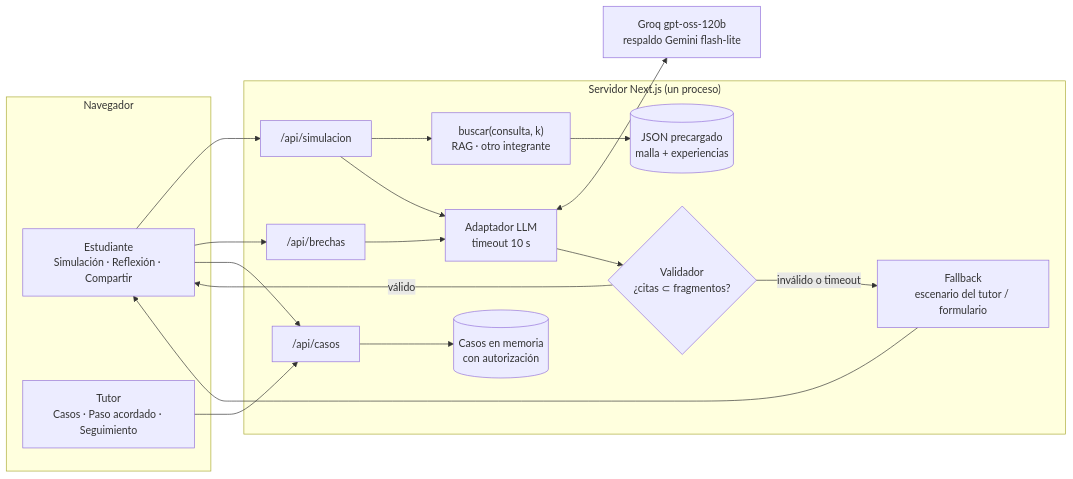
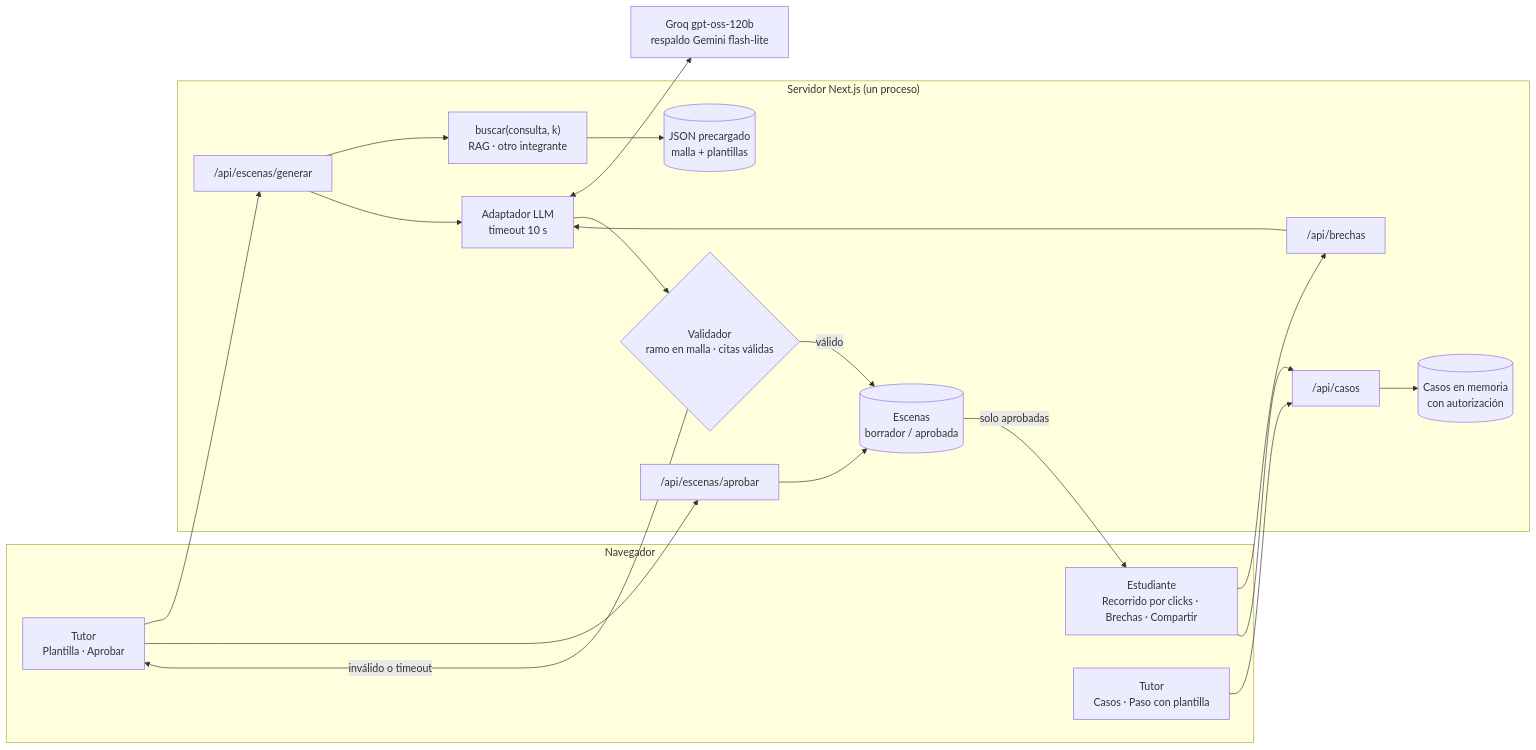
One commit to Ssj400/duoc-social changed the first of 3 diagrams in diseno.md. Above: the diagram before and after it, drawn with Mermaid. The commit also changed other lines of this file and 1 other file, not shown here.

Commit message:
docs(design): turn simulation into a click-based decision game with tutor templates

````diff
--- a/diseno.md
+++ b/diseno.md
@@ -173,31 +240,34 @@
 ```mermaid
 flowchart LR
   subgraph NAV["Navegador"]
-    E["Estudiante<br/>Simulación · Reflexión · Compartir"]
-    T["Tutor<br/>Casos · Paso acordado · Seguimiento"]
+    TP["Tutor<br/>Plantilla · Aprobar"]
+    E["Estudiante<br/>Recorrido por clicks · Brechas · Compartir"]
+    TC["Tutor<br/>Casos · Paso con plantilla"]
   end
   subgraph SRV["Servidor Next.js (un proceso)"]
-    S["/api/simulacion"]
+    G["/api/escenas/generar"]
+    AP["/api/escenas/aprobar"]
     B["/api/brechas"]
     C["/api/casos"]
     R["buscar(consulta, k)<br/>RAG · otro integrante"]
-    J[("JSON precargado<br/>malla + experiencias")]
+    J[("JSON precargado<br/>malla + plantillas")]
     A["Adaptador LLM<br/>timeout 10 s"]
-    V{"Validador<br/>¿citas ⊂ fragmentos?"}
-    F["Fallback<br/>escenario del tutor / formulario"]
+    V{"Validador<br/>ramo en malla · citas válidas"}
+    ES[("Escenas<br/>borrador / aprobada")]
     M[("Casos en memoria<br/>con autorización")]
   end
   P["Groq gpt-oss-120b<br/>respaldo Gemini flash-lite"]
-  E --> S
-  E --> B
-  E --> C
-  T --> C
-  S --> R --> J
-  S --> A
+  TP --> G --> R --> J
+  G --> A
   B --> A
   A <--> P
   A --> V
-  V -- "válido" --> E
-  V -- "inválido o timeout" --> F --> E
+  V -- "válido" --> ES
+  V -- "inválido o timeout" --> TP
+  TP --> AP --> ES
+  ES -- "solo aprobadas" --> E
+  E --> B
+  E --> C
+  TC --> C
   C --> M
 ```
````
